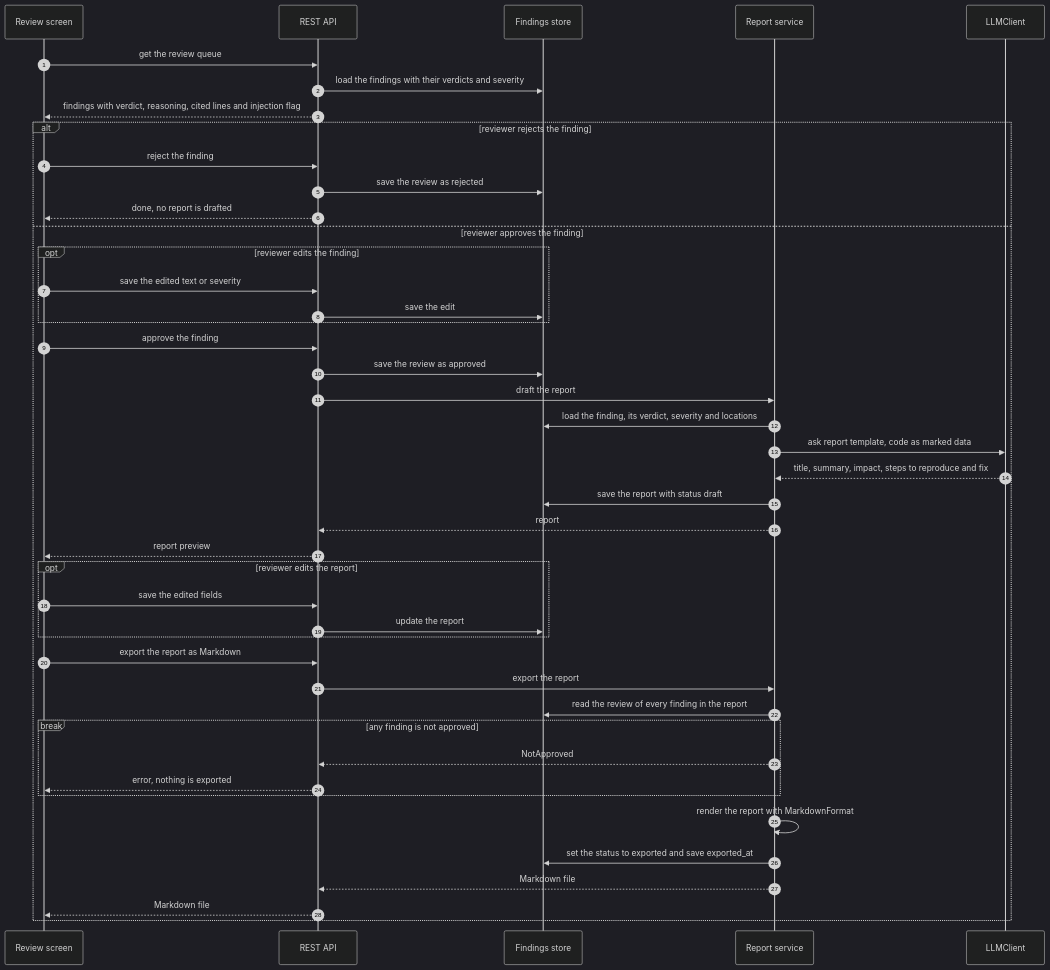
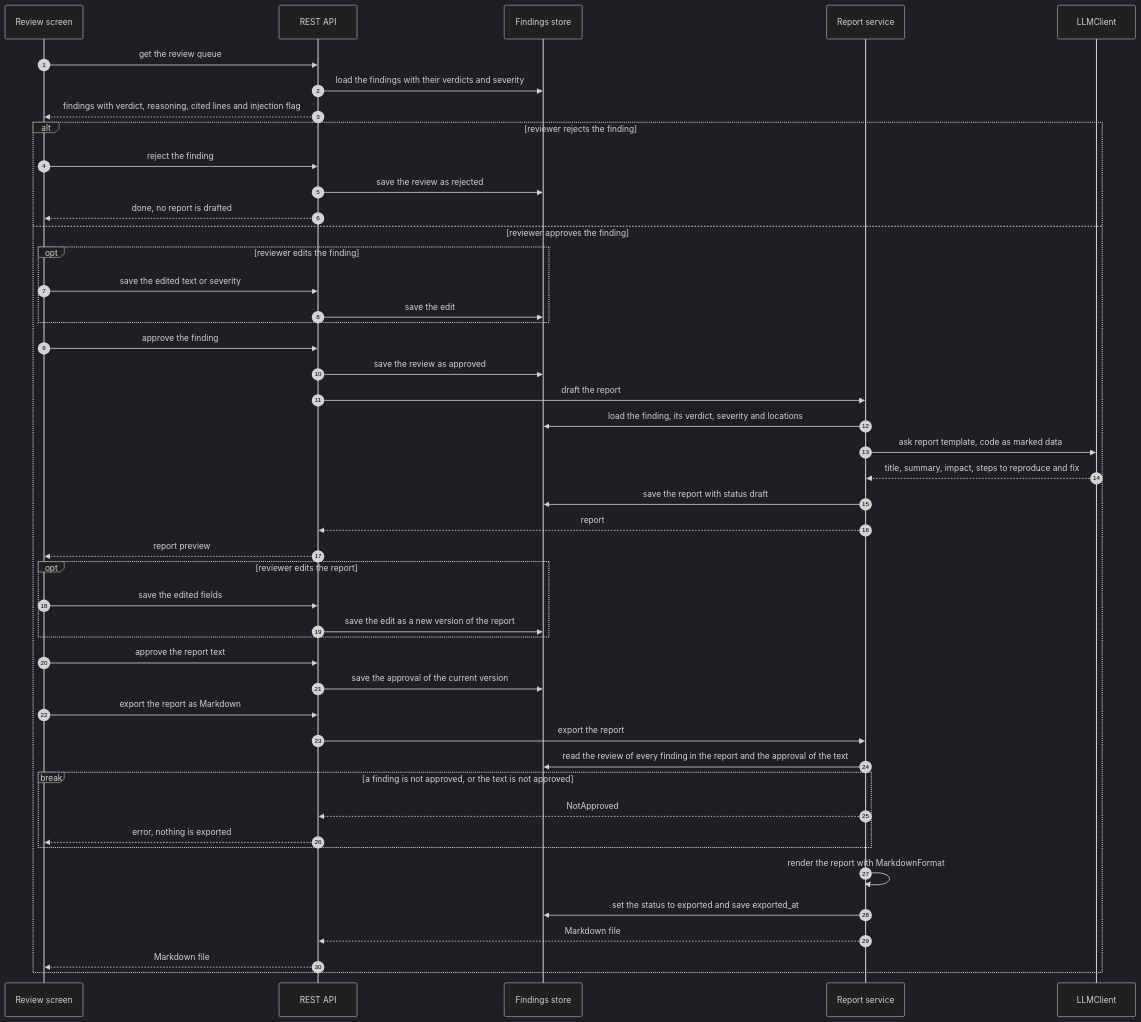
The third of 3 diagrams in docs/sequences.md (sieve-ku-comp491/sieve), drawn with Mermaid (dark theme) before and after one commit. The commit also changed other lines of this file, not shown here.

Commit message:
docs: add report text approval to export diagram
Refs #9

````diff
--- a/docs/sequences.md
+++ b/docs/sequences.md
@@ -119,47 +119,49 @@
 ```mermaid
 sequenceDiagram
   autonumber
   participant RS as Review screen
   participant API as REST API
   participant DB as Findings store
   participant RP as Report service
   participant LC as LLMClient
 
   RS->>API: get the review queue
   API->>DB: load the findings with their verdicts and severity
   API-->>RS: findings with verdict, reasoning, cited lines and injection flag
   alt reviewer rejects the finding
     RS->>API: reject the finding
     API->>DB: save the review as rejected
     API-->>RS: done, no report is drafted
   else reviewer approves the finding
     opt reviewer edits the finding
       RS->>API: save the edited text or severity
       API->>DB: save the edit
     end
     RS->>API: approve the finding
     API->>DB: save the review as approved
     API->>RP: draft the report
     RP->>DB: load the finding, its verdict, severity and locations
     RP->>LC: ask report template, code as marked data
     LC-->>RP: title, summary, impact, steps to reproduce and fix
     RP->>DB: save the report with status draft
     RP-->>API: report
     API-->>RS: report preview
     opt reviewer edits the report
       RS->>API: save the edited fields
-      API->>DB: update the report
+      API->>DB: save the edit as a new version of the report
     end
+    RS->>API: approve the report text
+    API->>DB: save the approval of the current version
     RS->>API: export the report as Markdown
     API->>RP: export the report
-    RP->>DB: read the review of every finding in the report
-    break any finding is not approved
+    RP->>DB: read the review of every finding in the report and the approval of the text
+    break a finding is not approved, or the text is not approved
       RP-->>API: NotApproved
       API-->>RS: error, nothing is exported
     end
     RP->>RP: render the report with MarkdownFormat
     RP->>DB: set the status to exported and save exported_at
     RP-->>API: Markdown file
     API-->>RS: Markdown file
   end
 ```
````
